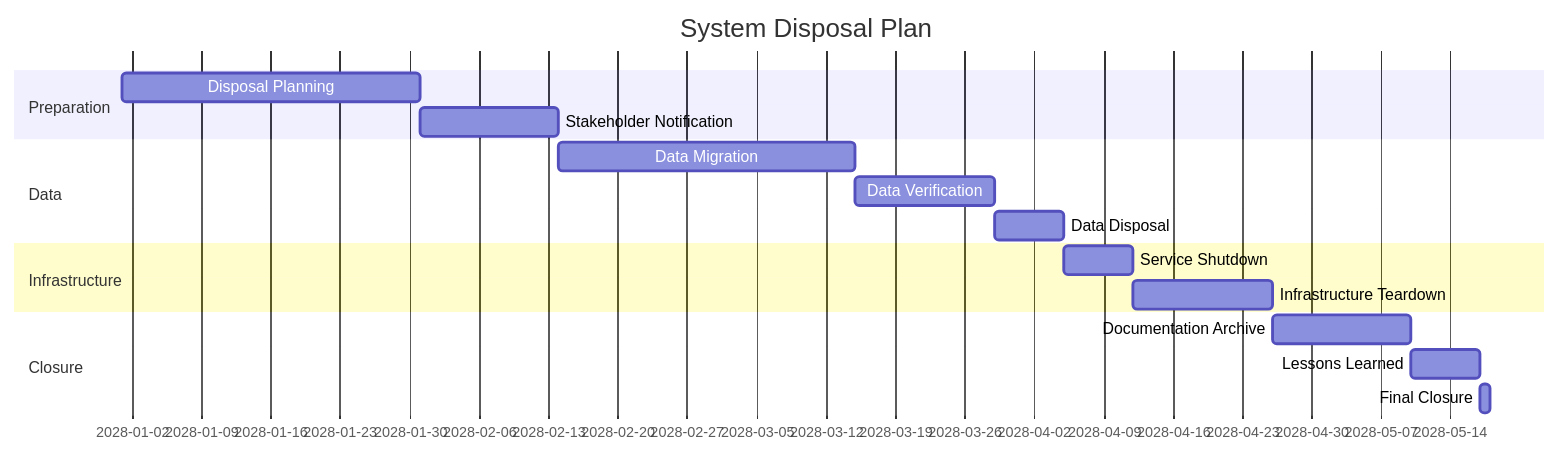
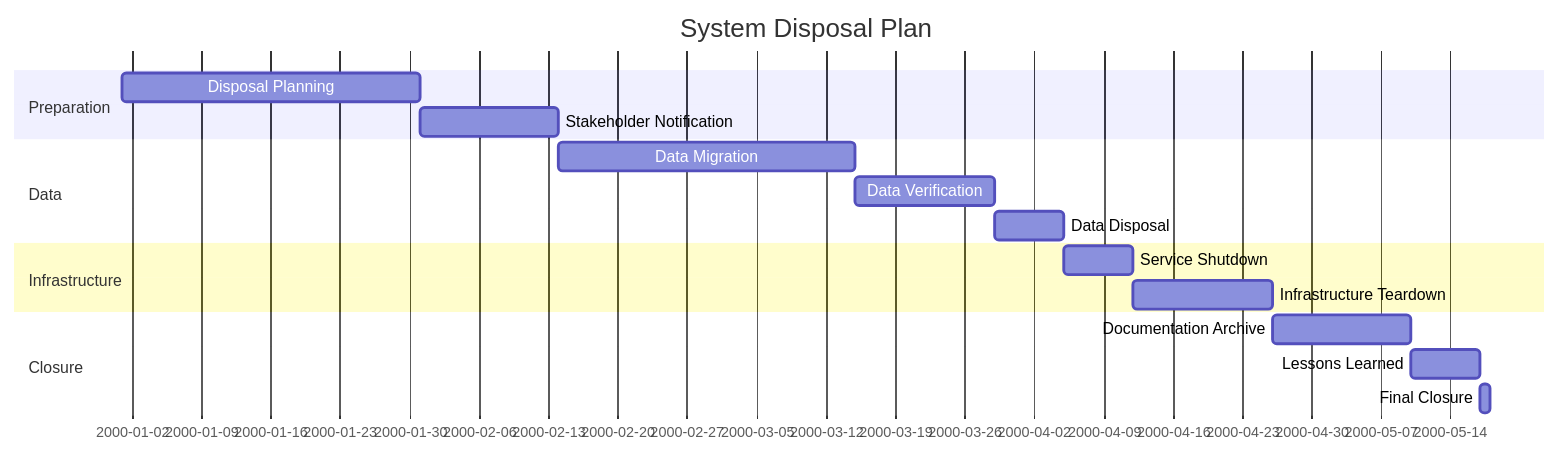
The diagram in document-template/20_SE_Cross_Cutting/System-Disposal-Retirement-Plan.md (oat431/swe-knowledge), drawn with Mermaid before and after one commit. The commit also changed 56 other files, not shown here.

````diff
--- a/document-template/20_SE_Cross_Cutting/System-Disposal-Retirement-Plan.md
+++ b/document-template/20_SE_Cross_Cutting/System-Disposal-Retirement-Plan.md
@@ -39,19 +39,20 @@
 ```mermaid
 gantt
     title System Disposal Plan
     dateFormat YYYY-MM-DD
+    %% Placeholder schedule: base 2000-01-01 = project start; recompute real dates when instantiating
     section Preparation
-    Disposal Planning      :a1, 2028-01-01, 30d
+    Disposal Planning      :a1, 2000-01-01, 30d
     Stakeholder Notification :a2, after a1, 14d
     section Data
     Data Migration         :b1, after a2, 30d
     Data Verification      :b2, after b1, 14d
     Data Disposal          :b3, after b2, 7d
     section Infrastructure
     Service Shutdown       :c1, after b3, 7d
     Infrastructure Teardown :c2, after c1, 14d
     section Closure
     Documentation Archive  :d1, after c2, 14d
     Lessons Learned        :d2, after d1, 7d
     Final Closure          :d3, after d2, 1d
 ```
````
